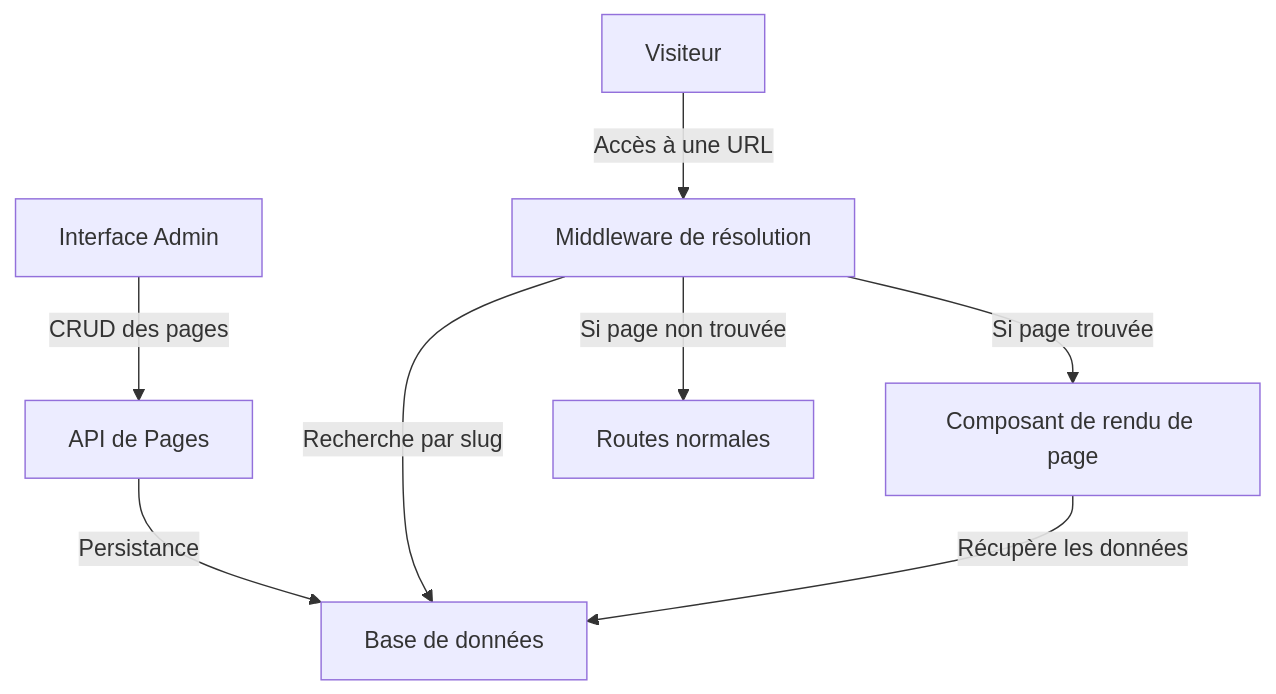
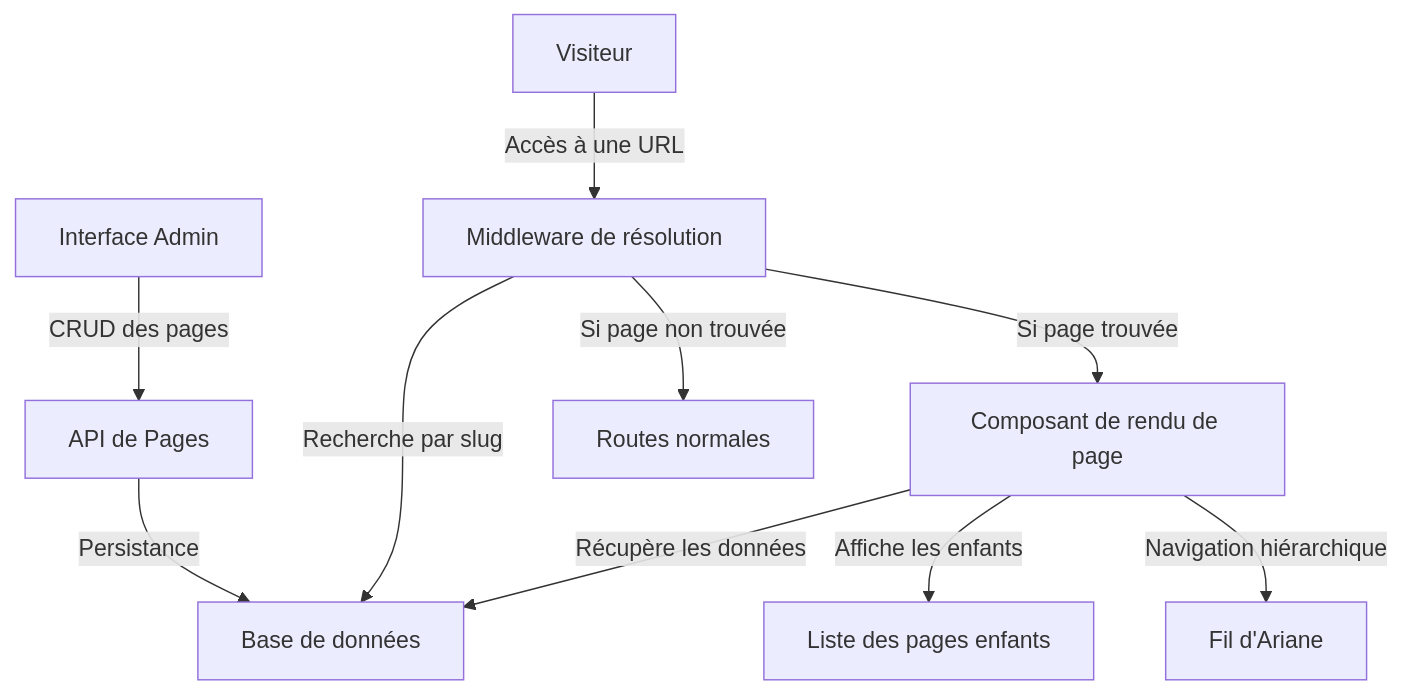
One commit to Hanaro-dev/smi-corporation changed the second of 2 diagrams in plan-gestion-pages.md. Above: the diagram before and after it, drawn with Mermaid. The commit also changed other lines of this file, not shown here.

First line of the commit message:
docs(pages) : amélioration du plan de gestion des pages avec des fonctionnalités supplémentaires et un suivi du statut

````diff
--- a/plan-gestion-pages.md
+++ b/plan-gestion-pages.md
@@ -134,10 +146,12 @@
 ```mermaid
 flowchart TD
     A[Interface Admin] -->|CRUD des pages| B[API de Pages]
     B -->|Persistance| C[Base de données]
     D[Visiteur] -->|Accès à une URL| E[Middleware de résolution]
     E -->|Recherche par slug| C
     E -->|Si page trouvée| F[Composant de rendu de page]
     E -->|Si page non trouvée| G[Routes normales]
     F -->|Récupère les données| C
+    F -->|Affiche les enfants| H[Liste des pages enfants]
+    F -->|Navigation hiérarchique| I[Fil d'Ariane]
 ```
````
